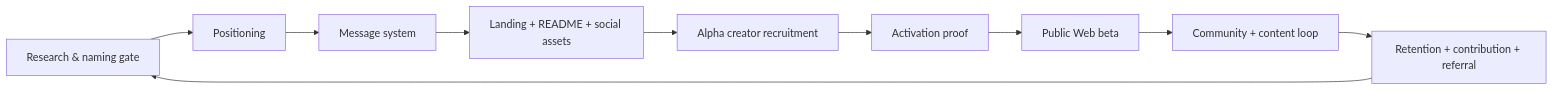
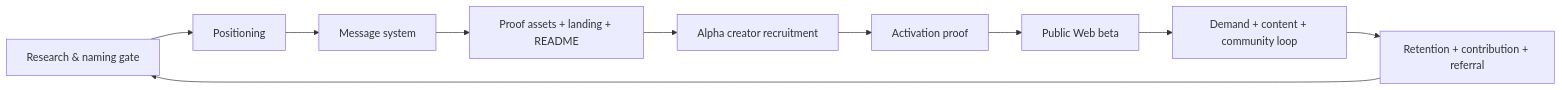
The second of 2 diagrams in docs/marketing/README.md (az1nn/openband), drawn with Mermaid before and after one commit. The commit also changed other lines of this file, not shown here.

Commit message:
docs(marketing): integrate demand and content system

````diff
--- a/docs/marketing/README.md
+++ b/docs/marketing/README.md
@@ -94,12 +96,12 @@
 ```mermaid
 flowchart LR
   A[Research & naming gate] --> B[Positioning]
   B --> C[Message system]
-  C --> D[Landing + README + social assets]
+  C --> D[Proof assets + landing + README]
   D --> E[Alpha creator recruitment]
   E --> F[Activation proof]
   F --> G[Public Web beta]
-  G --> H[Community + content loop]
+  G --> H[Demand + content + community loop]
   H --> I[Retention + contribution + referral]
   I --> A
 ```
````
